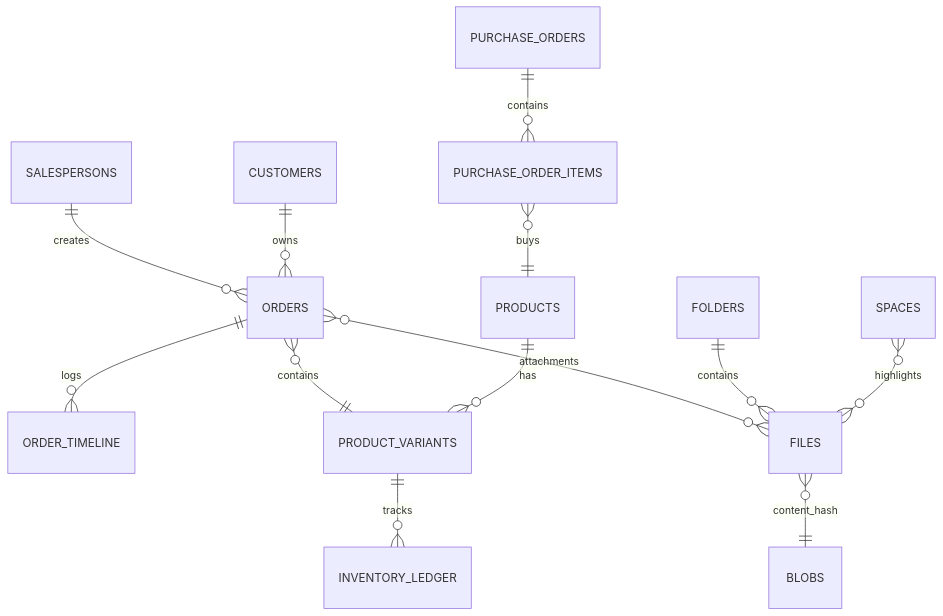
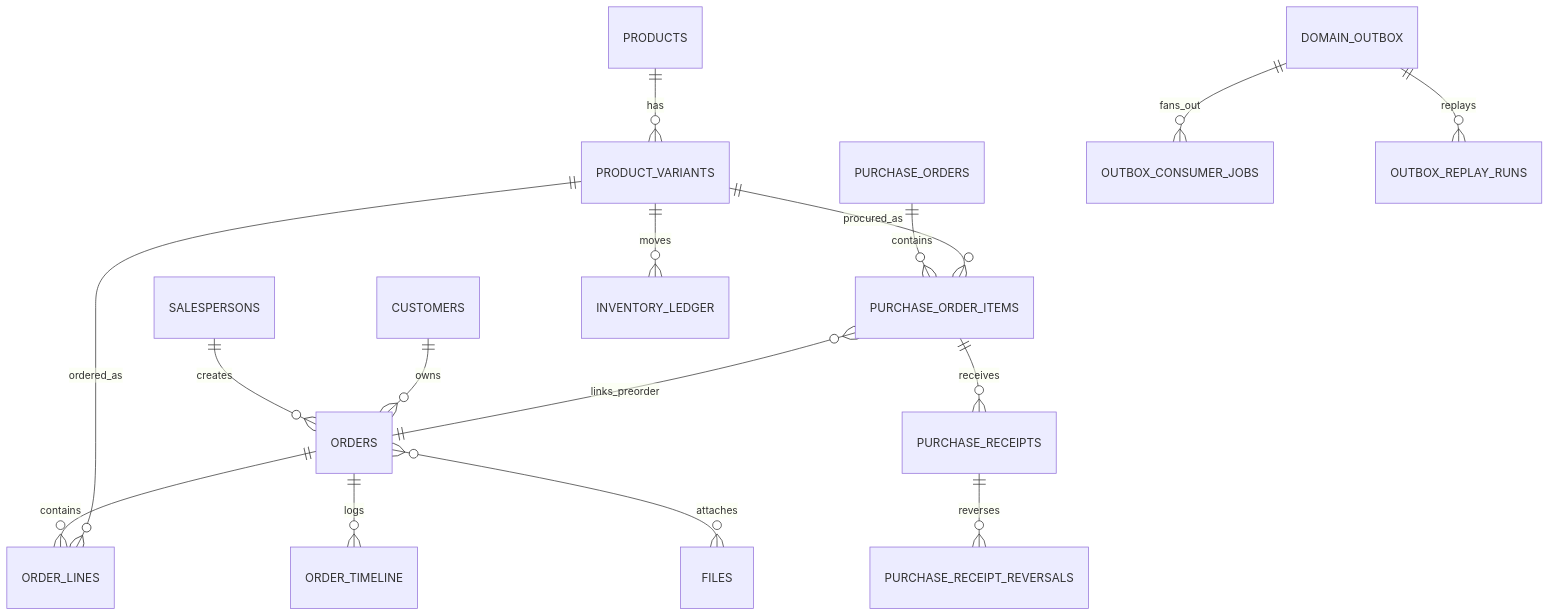
The second of 3 diagrams in docs/architecture/system-overview.md (lelouch0823/KK-Image), drawn with Mermaid before and after one commit. The commit also changed other lines of this file and 15 other files, not shown here.

Commit message:
docs: refresh order line and outbox architecture docs

````diff
--- a/docs/architecture/system-overview.md
+++ b/docs/architecture/system-overview.md
@@ -108,18 +118,21 @@
 ```mermaid
 erDiagram
     SALESPERSONS ||--o{ ORDERS : creates
     CUSTOMERS ||--o{ ORDERS : owns
+    ORDERS ||--o{ ORDER_LINES : contains
     ORDERS ||--o{ ORDER_TIMELINE : logs
-    ORDERS }o--o{ FILES : attachments
-    ORDERS }o--|| PRODUCT_VARIANTS : contains
-    
+    ORDERS }o--o{ FILES : attaches
+
+    PURCHASE_ORDERS ||--o{ PURCHASE_ORDER_ITEMS : contains
+    PURCHASE_ORDER_ITEMS }o--|| ORDERS : links_preorder
+    PURCHASE_ORDER_ITEMS ||--o{ PURCHASE_RECEIPTS : receives
+    PURCHASE_RECEIPTS ||--o{ PURCHASE_RECEIPT_REVERSALS : reverses
+
     PRODUCTS ||--o{ PRODUCT_VARIANTS : has
-    PRODUCT_VARIANTS ||--o{ INVENTORY_LEDGER : tracks
-    
-    PURCHASE_ORDERS ||--o{ PURCHASE_ORDER_ITEMS : contains
-    PURCHASE_ORDER_ITEMS }o--|| PRODUCTS : buys
-    
-    FILES }o--|| BLOBS : "content_hash"
-    FOLDERS ||--o{ FILES : contains
-    SPACES }o--o{ FILES : highlights
+    PRODUCT_VARIANTS ||--o{ ORDER_LINES : ordered_as
+    PRODUCT_VARIANTS ||--o{ PURCHASE_ORDER_ITEMS : procured_as
+    PRODUCT_VARIANTS ||--o{ INVENTORY_LEDGER : moves
+
+    DOMAIN_OUTBOX ||--o{ OUTBOX_CONSUMER_JOBS : fans_out
+    DOMAIN_OUTBOX ||--o{ OUTBOX_REPLAY_RUNS : replays
 ```
````
